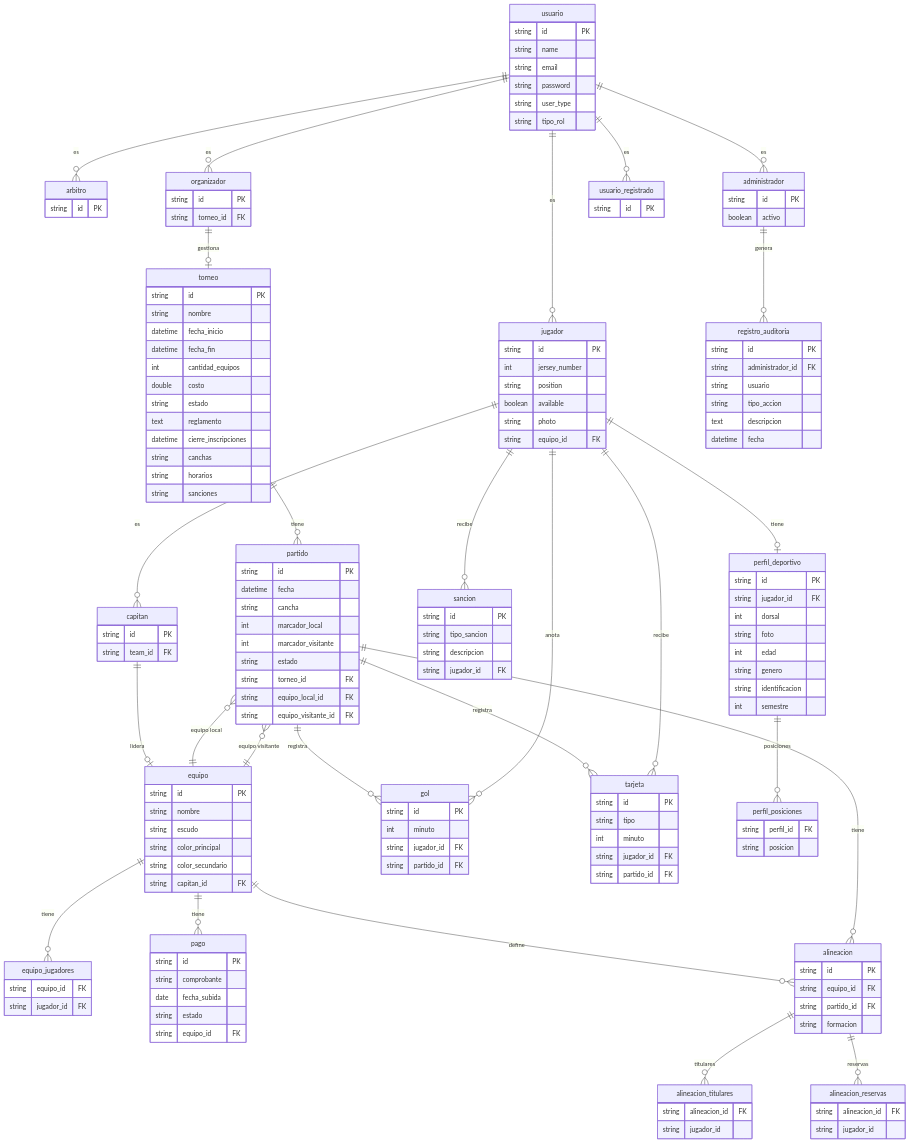
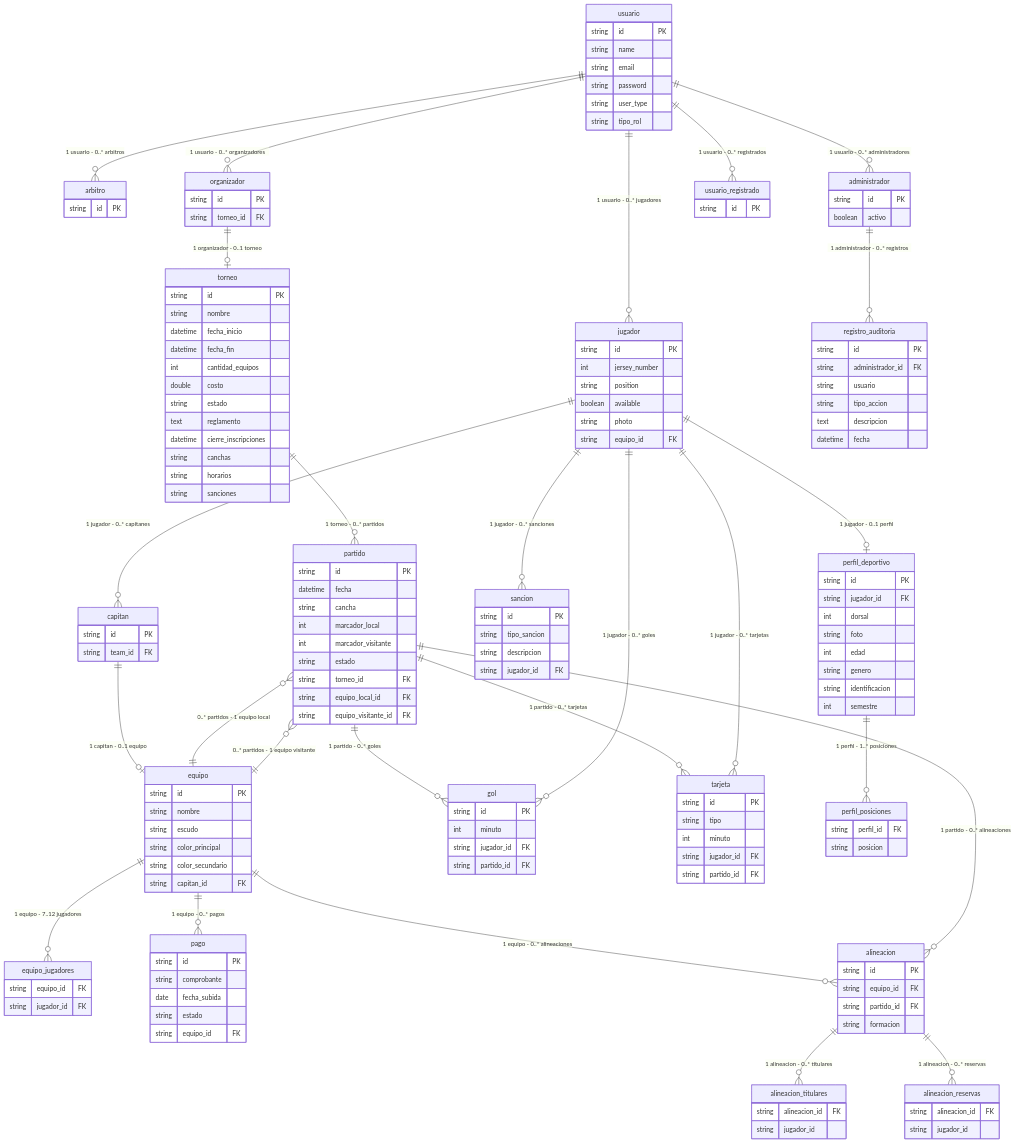
One commit to nglsz006/SFC_techcup-futbol changed the diagram in docs/uml/DiagramaER/DiagramaER.md. Above: the diagram before and after it, drawn with Mermaid.

Commit message:
docs: agregar multiplicidades en diagrama ER

````diff
--- a/docs/uml/DiagramaER/DiagramaER.md
+++ b/docs/uml/DiagramaER/DiagramaER.md
@@ -183,35 +183,35 @@
         datetime fecha
     }
 
-    usuario ||--o{ jugador : "es"
-    usuario ||--o{ arbitro : "es"
-    usuario ||--o{ organizador : "es"
-    usuario ||--o{ administrador : "es"
-    usuario ||--o{ usuario_registrado : "es"
-    jugador ||--o{ capitan : "es"
+    usuario ||--o{ jugador : "1 usuario - 0..* jugadores"
+    usuario ||--o{ arbitro : "1 usuario - 0..* arbitros"
+    usuario ||--o{ organizador : "1 usuario - 0..* organizadores"
+    usuario ||--o{ administrador : "1 usuario - 0..* administradores"
+    usuario ||--o{ usuario_registrado : "1 usuario - 0..* registrados"
+    jugador ||--o{ capitan : "1 jugador - 0..* capitanes"
 
-    equipo ||--o{ equipo_jugadores : "tiene"
-    capitan ||--o| equipo : "lidera"
-    organizador ||--o| torneo : "gestiona"
+    equipo ||--o{ equipo_jugadores : "1 equipo - 7..12 jugadores"
+    capitan ||--o| equipo : "1 capitan - 0..1 equipo"
+    organizador ||--o| torneo : "1 organizador - 0..1 torneo"
 
-    torneo ||--o{ partido : "tiene"
-    partido }o--|| equipo : "equipo local"
-    partido }o--|| equipo : "equipo visitante"
+    torneo ||--o{ partido : "1 torneo - 0..* partidos"
+    partido }o--|| equipo : "0..* partidos - 1 equipo local"
+    partido }o--|| equipo : "0..* partidos - 1 equipo visitante"
 
-    partido ||--o{ gol : "registra"
-    partido ||--o{ tarjeta : "registra"
-    jugador ||--o{ gol : "anota"
-    jugador ||--o{ tarjeta : "recibe"
-    jugador ||--o{ sancion : "recibe"
+    partido ||--o{ gol : "1 partido - 0..* goles"
+    partido ||--o{ tarjeta : "1 partido - 0..* tarjetas"
+    jugador ||--o{ gol : "1 jugador - 0..* goles"
+    jugador ||--o{ tarjeta : "1 jugador - 0..* tarjetas"
+    jugador ||--o{ sancion : "1 jugador - 0..* sanciones"
 
-    equipo ||--o{ pago : "tiene"
-    equipo ||--o{ alineacion : "define"
-    partido ||--o{ alineacion : "tiene"
-    alineacion ||--o{ alineacion_titulares : "titulares"
-    alineacion ||--o{ alineacion_reservas : "reservas"
+    equipo ||--o{ pago : "1 equipo - 0..* pagos"
+    equipo ||--o{ alineacion : "1 equipo - 0..* alineaciones"
+    partido ||--o{ alineacion : "1 partido - 0..* alineaciones"
+    alineacion ||--o{ alineacion_titulares : "1 alineacion - 0..* titulares"
+    alineacion ||--o{ alineacion_reservas : "1 alineacion - 0..* reservas"
 
-    jugador ||--o| perfil_deportivo : "tiene"
-    perfil_deportivo ||--o{ perfil_posiciones : "posiciones"
+    jugador ||--o| perfil_deportivo : "1 jugador - 0..1 perfil"
+    perfil_deportivo ||--o{ perfil_posiciones : "1 perfil - 1..* posiciones"
 
-    administrador ||--o{ registro_auditoria : "genera"
+    administrador ||--o{ registro_auditoria : "1 administrador - 0..* registros"
 ```
````
